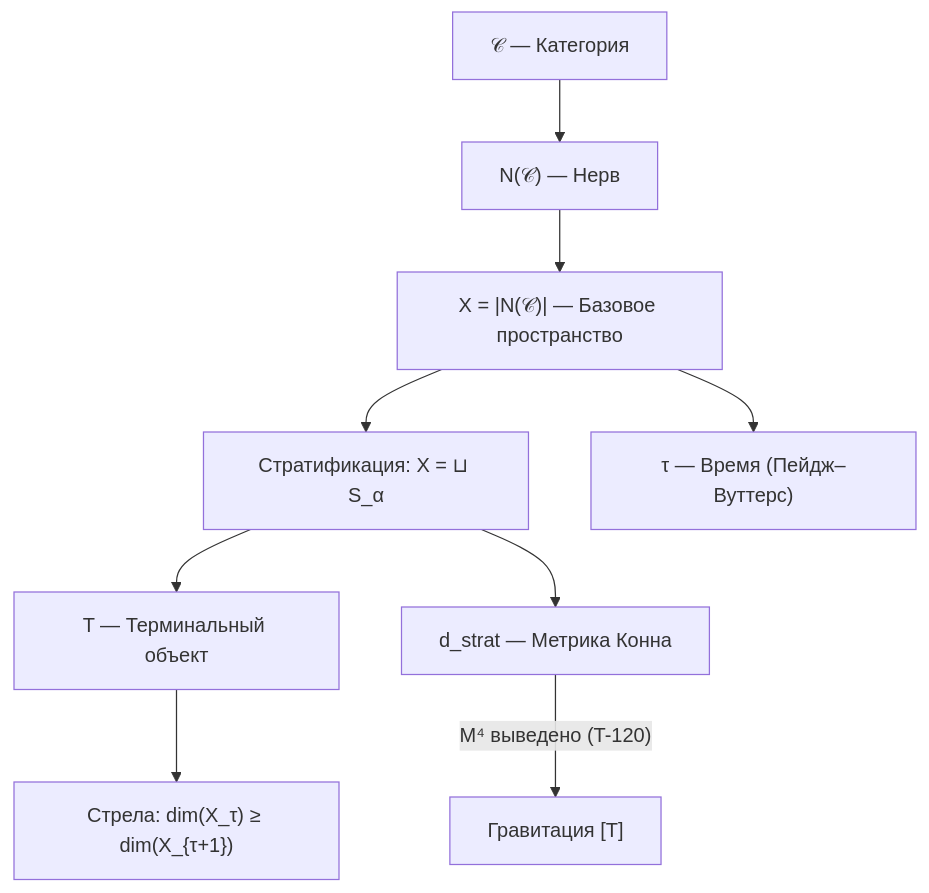
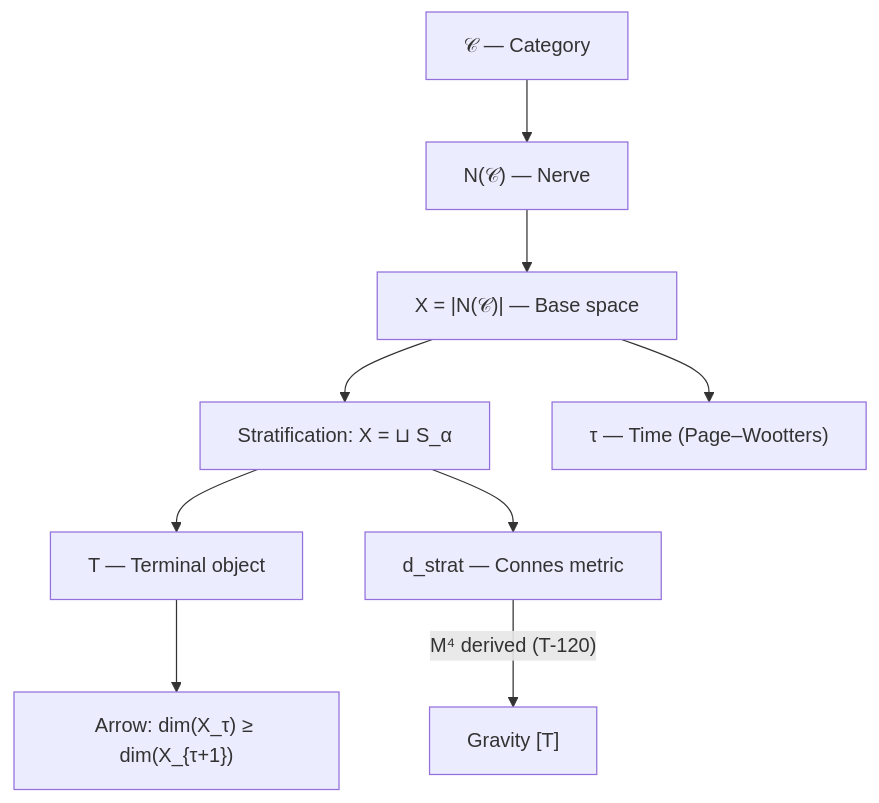
One commit to gst-st/uhm changed the diagram in website/docs/core/foundations/spacetime.md. Above: the diagram before and after it, drawn with Mermaid. The commit also changed other lines of this file and 25 other files, not shown here.

````diff
--- a/website/docs/core/foundations/spacetime.md
+++ b/website/docs/core/foundations/spacetime.md
@@ -420,21 +420,21 @@
 ```mermaid
 graph TD
- C["𝒞 — Категория"]
- N["N#40;𝒞#41; — Нерв"]
- X["X = |N#40;𝒞#41;| — Базовое пространство"]
- STRAT["Стратификация: X = ⊔ S_α"]
- T_OBJ["T — Терминальный объект"]
- DSTRAT["d_strat — Метрика Конна"]
- TIME["τ — Время #40;Пейдж–Вуттерс#41;"]
- ARROW["Стрела: dim#40;X_τ#41; ≥ dim#40;X_{τ+1}#41;"]
- GR["Гравитация #91;Т#93;"]
+ C["𝒞 — Category"]
+ N["N#40;𝒞#41; — Nerve"]
+ X["X = |N#40;𝒞#41;| — Base space"]
+ STRAT["Stratification: X = ⊔ S_α"]
+ T_OBJ["T — Terminal object"]
+ DSTRAT["d_strat — Connes metric"]
+ TIME["τ — Time #40;Page–Wootters#41;"]
+ ARROW["Arrow: dim#40;X_τ#41; ≥ dim#40;X_{τ+1}#41;"]
+ GR["Gravity #91;T#93;"]
 
  C --> N
  N --> X
  X --> STRAT
  STRAT --> T_OBJ
  STRAT --> DSTRAT
  X --> TIME
  T_OBJ --> ARROW
- DSTRAT --> |"M⁴ выведено #40;T-120#41;"| GR
+ DSTRAT --> |"M⁴ derived #40;T-120#41;"| GR
 ```
````
